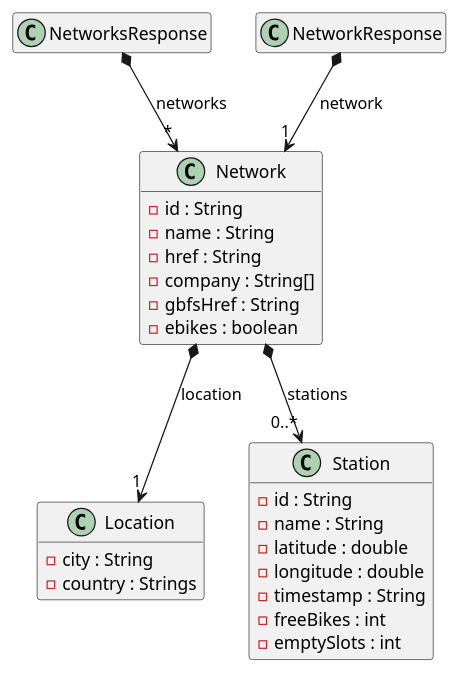
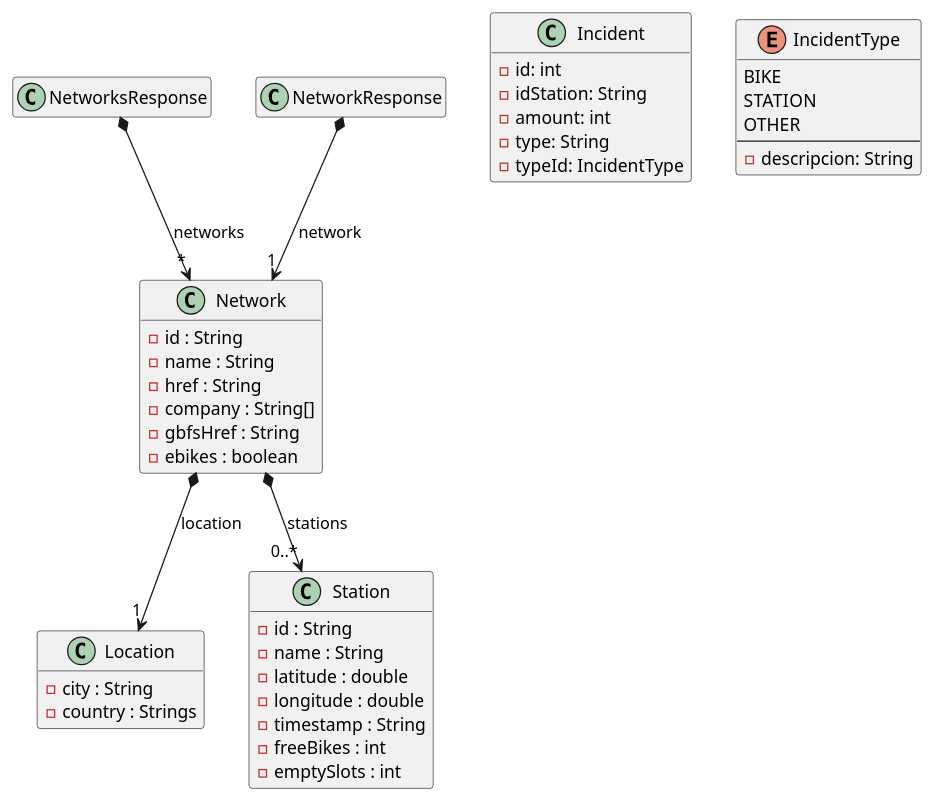
Before and after one commit to isunican/App-Bicis-Grupo1: the diagram in Docs/Models/domain.puml, drawn with PlantUML.

Commit message:
Add Incident class and IncidentType enum
Added Incident class and IncidentType enum to model.

```diff
--- a/Docs/Models/domain.puml
+++ b/Docs/Models/domain.puml
@@ -1,42 +1,58 @@
 @startuml
 
 hide empty members
 
 class Network {
     - id : String
     - name : String
     - href : String
     - company : String[]
     - gbfsHref : String
     - ebikes : boolean
 }
 
 class Location {
     - city : String
     - country : Strings
 }
 
 class NetworksResponse {
 
 }
 
 class NetworkResponse {
     
 }
 
 class Station {
     - id : String
     - name : String
     - latitude : double
     - longitude : double
     - timestamp : String
     - freeBikes : int
     - emptySlots : int
 }
 
+class Incident {
+    - id: int
+    - idStation: String
+    - amount: int
+    - type: String
+    - typeId: IncidentType
+}
+
+enum IncidentType {
+    BIKE
+    STATION
+    OTHER
+    --
+    - descripcion: String
+}
+
 Network *--> "1" Location : location
 Network *--> "0..*" Station : stations
 NetworksResponse *--> "*" Network : networks
 NetworkResponse *--> "1" Network : network
 
 @enduml
```
